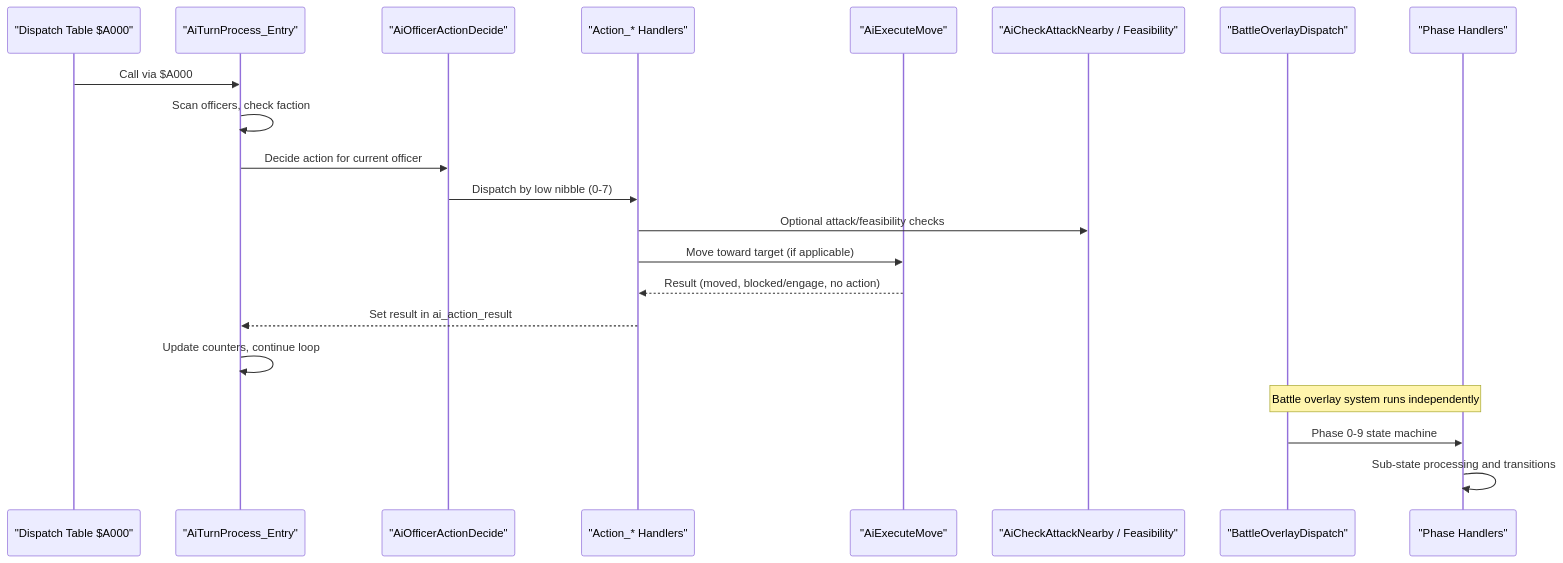
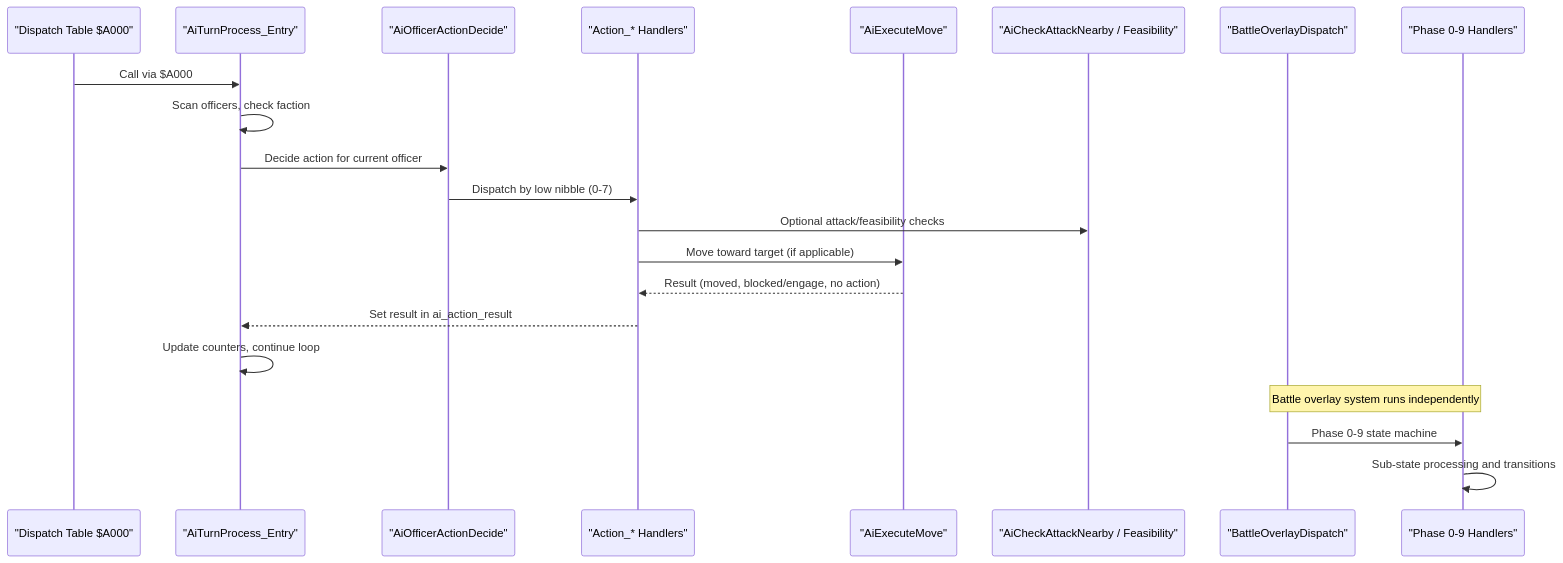
One commit to rabbyzero/sango2dasm changed the second of 10 diagrams in .qoder/repowiki/en/content/Assembly Architecture/Bank Organization and Memory Layout/Battle and AI System - PRG Banks $08_$09.md. Above: the diagram before and after it, drawn with Mermaid. The commit also changed other lines of this file and 117 other files, not shown here.

````diff
--- a/.qoder/repowiki/en/content/Assembly Architecture/Bank Organization and Memory Layout/Battle and AI System - PRG Banks $08_$09.md
+++ b/.qoder/repowiki/en/content/Assembly Architecture/Bank Organization and Memory Layout/Battle and AI System - PRG Banks $08_$09.md
@@ -105,23 +106,23 @@
 ```mermaid
 sequenceDiagram
 participant DT as "Dispatch Table $A000"
 participant AI as "AiTurnProcess_Entry"
 participant DEC as "AiOfficerActionDecide"
 participant ACT as "Action_* Handlers"
 participant MOV as "AiExecuteMove"
 participant CMP as "AiCheckAttackNearby / Feasibility"
 participant BO as "BattleOverlayDispatch"
-participant PH as "Phase Handlers"
+participant PH as "Phase 0-9 Handlers"
 DT->>AI : Call via $A000
 AI->>AI : Scan officers, check faction
 AI->>DEC : Decide action for current officer
 DEC->>ACT : Dispatch by low nibble (0-7)
 ACT->>CMP : Optional attack/feasibility checks
 ACT->>MOV : Move toward target (if applicable)
 MOV-->>ACT : Result (moved, blocked/engage, no action)
 ACT-->>AI : Set result in ai_action_result
 AI->>AI : Update counters, continue loop
 Note over BO,PH : Battle overlay system runs independently
 BO->>PH : Phase 0-9 state machine
 PH->>PH : Sub-state processing and transitions
 ```
````
